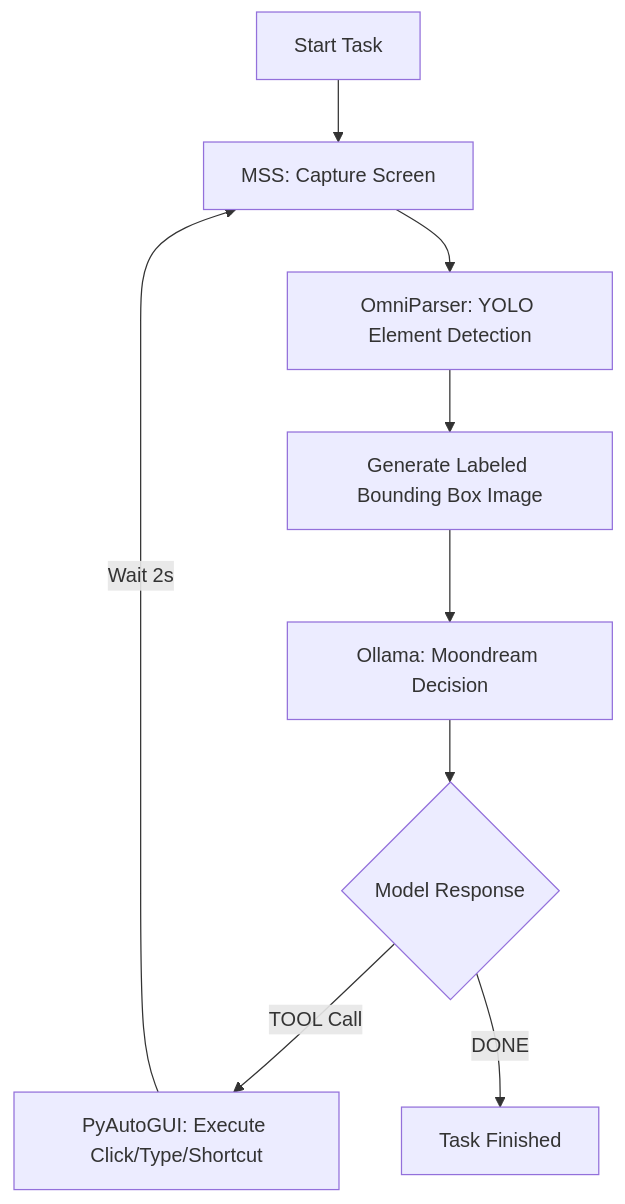
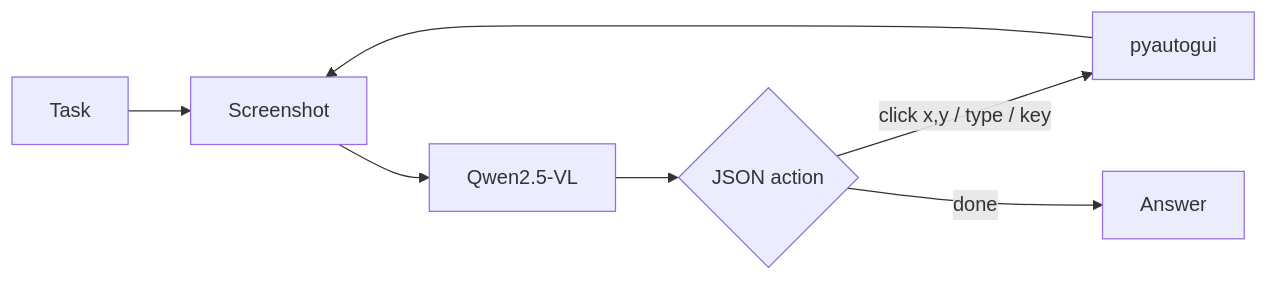
One commit to hussainn7/mcp-vision changed the diagram in README.md. Above: the diagram before and after it, drawn with Mermaid. The commit also changed other lines of this file and 103 other files, not shown here.

````diff
--- a/README.md
+++ b/README.md
@@ -30,11 +7,9 @@
 ```mermaid
-graph TD
-    A[Start Task] --> B[MSS: Capture Screen]
-    B --> C[OmniParser: YOLO Element Detection]
-    C --> D[Generate Labeled Bounding Box Image]
-    D --> E[Ollama: Moondream Decision]
-    E --> F{Model Response}
-    F -->|TOOL Call| G[PyAutoGUI: Execute Click/Type/Shortcut]
-    G -->|Wait 2s| B
-    F -->|DONE| H[Task Finished]
+graph LR
+    A[Task] --> B[Screenshot]
+    B --> C[Qwen2.5-VL]
+    C --> D{JSON action}
+    D -->|click x,y / type / key| E[pyautogui]
+    E --> B
+    D -->|done| F[Answer]
 ```
````
